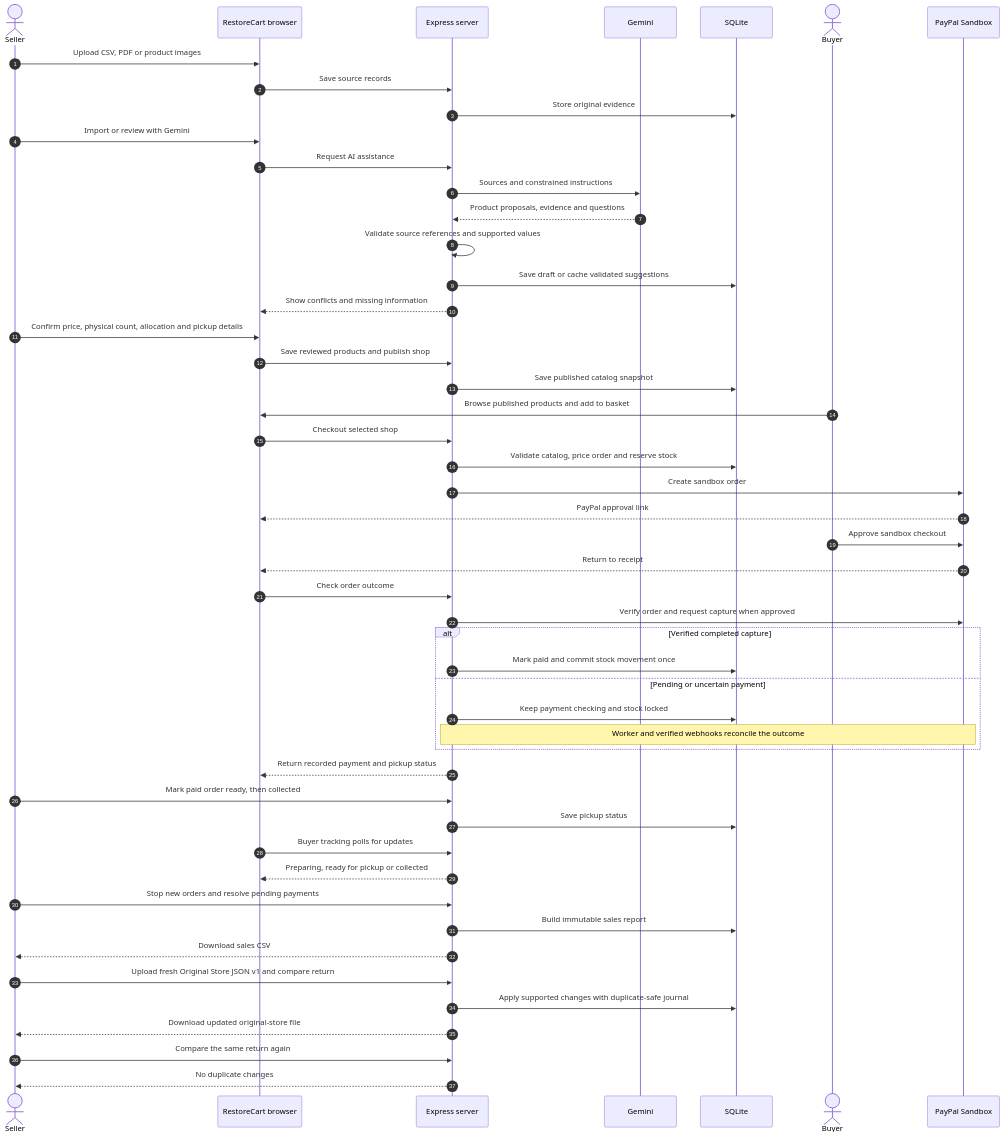
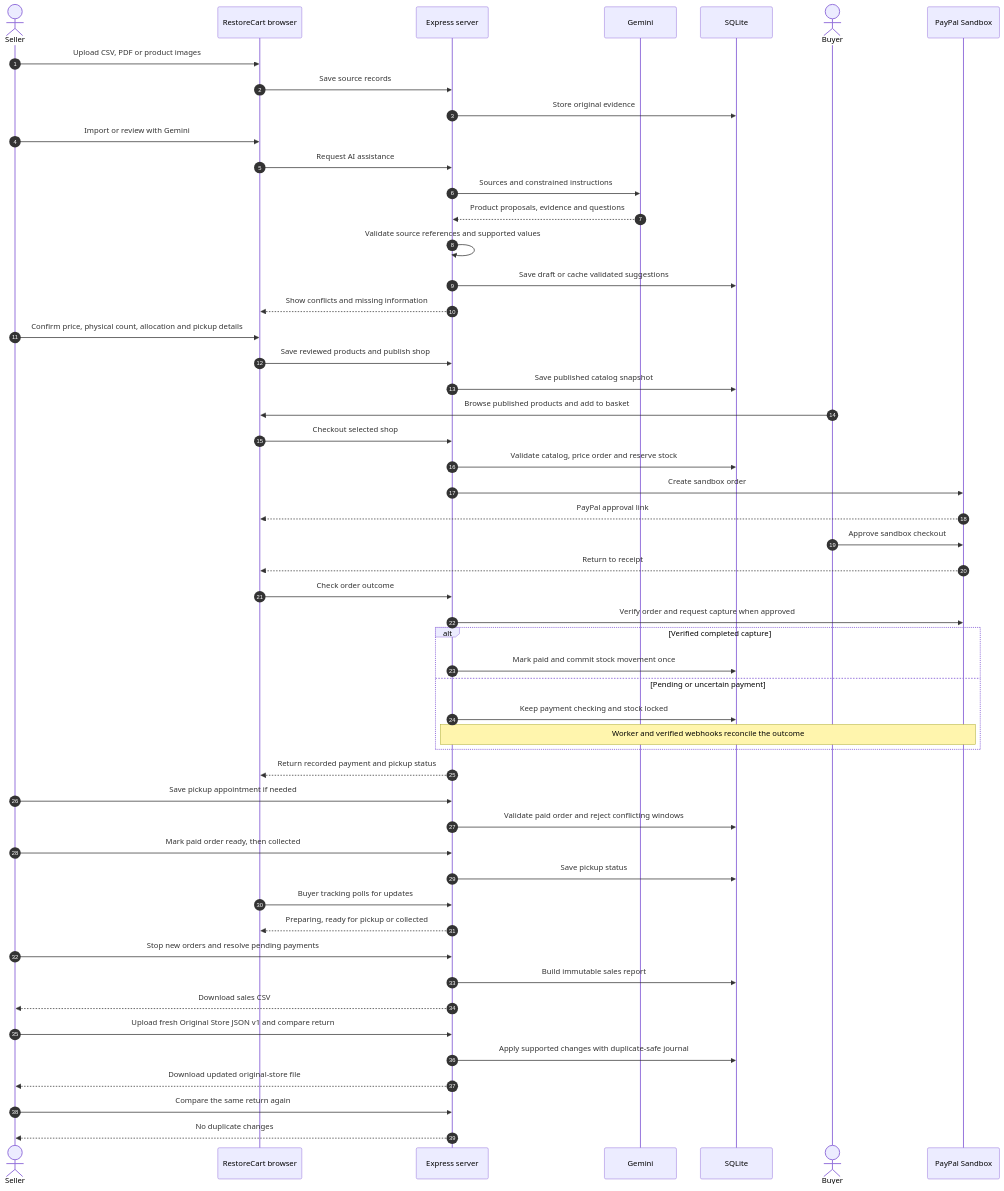
Before and after one commit to miko-keng/restorecart: the second of 2 diagrams in README.md, drawn with Mermaid. The commit also changed other lines of this file and 24 other files, not shown here.

````diff
--- a/README.md
+++ b/README.md
@@ -54,55 +54,57 @@
 ```mermaid
 sequenceDiagram
     autonumber
     actor Seller
     participant UI as RestoreCart browser
     participant Server as Express server
     participant AI as Gemini
     participant DB as SQLite
     actor Buyer
     participant PP as PayPal Sandbox
 
     Seller->>UI: Upload CSV, PDF or product images
     UI->>Server: Save source records
     Server->>DB: Store original evidence
     Seller->>UI: Import or review with Gemini
     UI->>Server: Request AI assistance
     Server->>AI: Sources and constrained instructions
     AI-->>Server: Product proposals, evidence and questions
     Server->>Server: Validate source references and supported values
     Server->>DB: Save draft or cache validated suggestions
     Server-->>UI: Show conflicts and missing information
     Seller->>UI: Confirm price, physical count, allocation and pickup details
     UI->>Server: Save reviewed products and publish shop
     Server->>DB: Save published catalog snapshot
 
     Buyer->>UI: Browse published products and add to basket
     UI->>Server: Checkout selected shop
     Server->>DB: Validate catalog, price order and reserve stock
     Server->>PP: Create sandbox order
     PP-->>UI: PayPal approval link
     Buyer->>PP: Approve sandbox checkout
     PP-->>UI: Return to receipt
     UI->>Server: Check order outcome
     Server->>PP: Verify order and request capture when approved
     alt Verified completed capture
         Server->>DB: Mark paid and commit stock movement once
     else Pending or uncertain payment
         Server->>DB: Keep payment checking and stock locked
         Note over Server,PP: Worker and verified webhooks reconcile the outcome
     end
     Server-->>UI: Return recorded payment and pickup status
+    Seller->>Server: Save pickup appointment if needed
+    Server->>DB: Validate paid order and reject conflicting windows
     Seller->>Server: Mark paid order ready, then collected
     Server->>DB: Save pickup status
     UI->>Server: Buyer tracking polls for updates
     Server-->>UI: Preparing, ready for pickup or collected
 
     Seller->>Server: Stop new orders and resolve pending payments
     Server->>DB: Build immutable sales report
     Server-->>Seller: Download sales CSV
     Seller->>Server: Upload fresh Original Store JSON v1 and compare return
     Server->>DB: Apply supported changes with duplicate-safe journal
     Server-->>Seller: Download updated original-store file
     Seller->>Server: Compare the same return again
     Server-->>Seller: No duplicate changes
 ```
````
